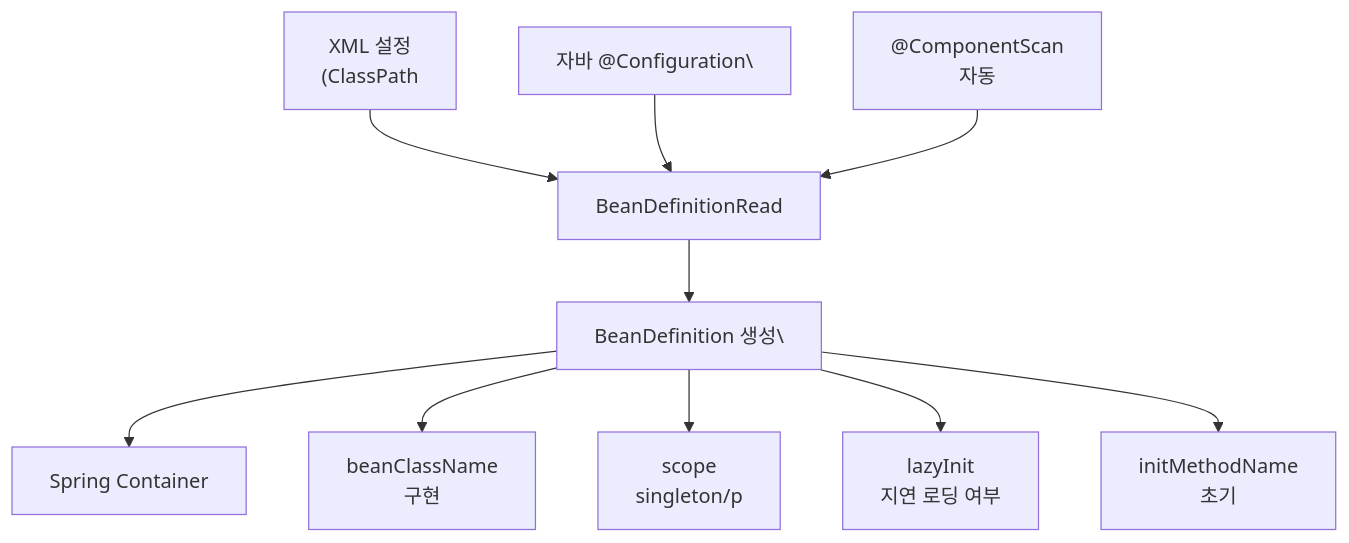
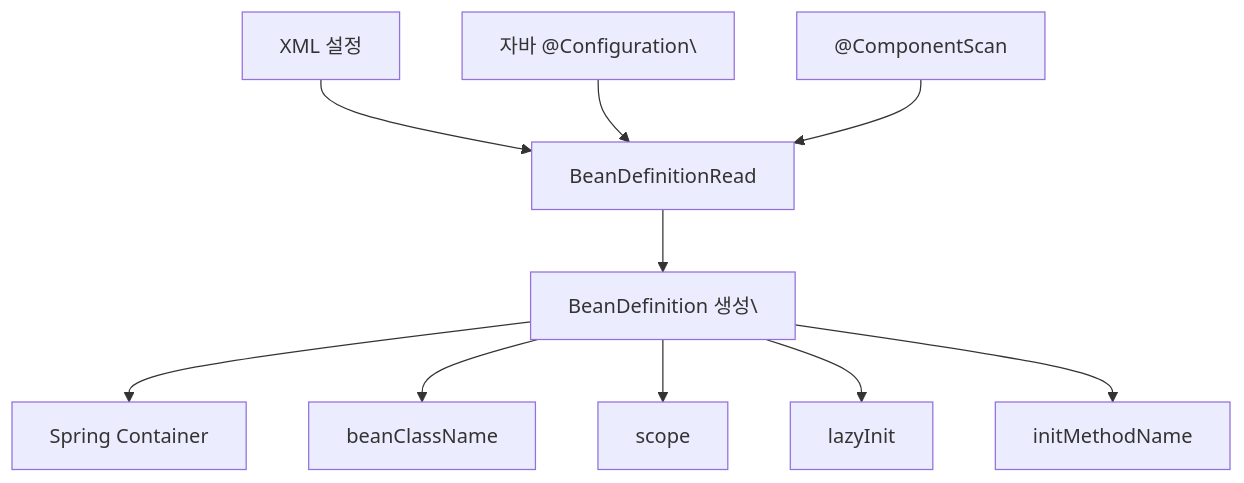
Before and after one commit to yjkim2015/yjkim2015.github.io: the tenth of 13 diagrams in _posts/spring/2026-05-02-spring-core-basic.md, drawn with Mermaid. The commit also changed other lines of this file and 217 other files, not shown here.

First line of the commit message:
Mermaid 크기 수정: useMaxWidth:true + SVG max-width:100% + 라벨 축소

````diff
--- a/_posts/spring/2026-05-02-spring-core-basic.md
+++ b/_posts/spring/2026-05-02-spring-core-basic.md
@@ -619,12 +619,12 @@
 ```mermaid
 graph TD
-    A["XML 설정\n(ClassPath"] --> C["BeanDefinitionRead"]
+    A["XML 설정"] --> C["BeanDefinitionRead"]
     B["자바 @Configuration\"] --> C
-    D["@ComponentScan\n자동"] --> C
+    D["@ComponentScan"] --> C
     C --> E["BeanDefinition 생성\"]
-    E --> F["Spring Container\n"]
-    E --> G["beanClassName\n구현"]
-    E --> H["scope\nsingleton/p"]
-    E --> I["lazyInit\n지연 로딩 여부"]
-    E --> J["initMethodName\n초기"]
+    E --> F["Spring Container"]
+    E --> G["beanClassName"]
+    E --> H["scope"]
+    E --> I["lazyInit"]
+    E --> J["initMethodName"]
 ```
````
